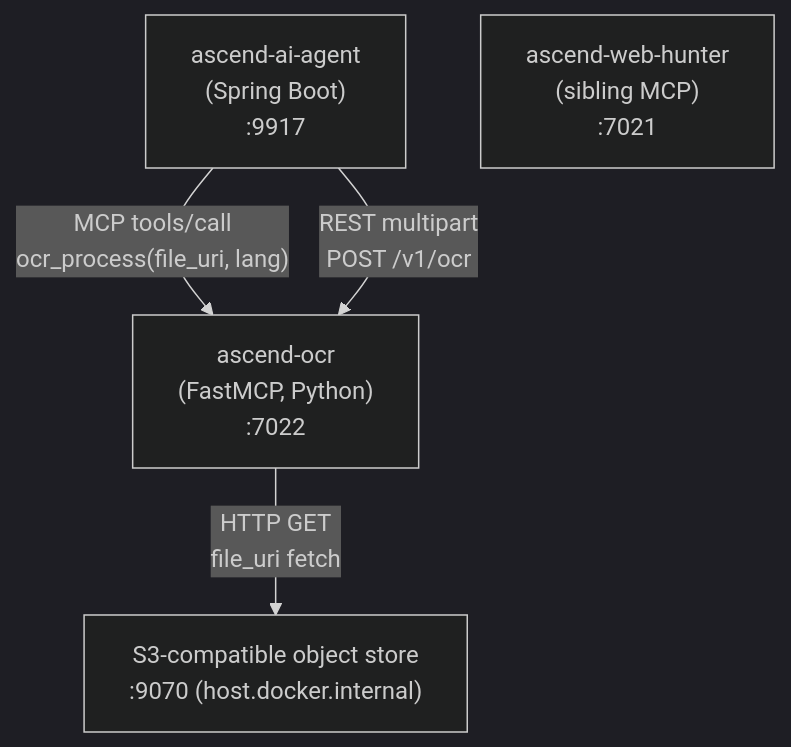
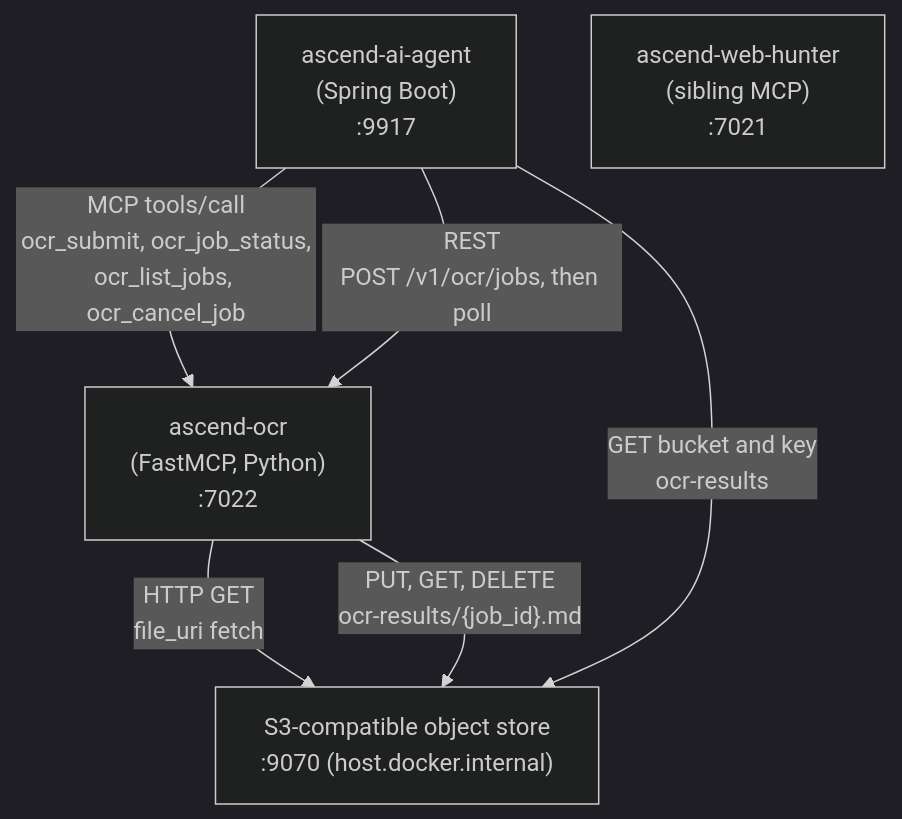
The diagram in apps/ascend-ocr/docs/architecture/arc42/03-context-and-scope.md (Lukk17/AscendAI), drawn with Mermaid (dark theme) before and after one commit. The commit also changed other lines of this file and 1022 other files, not shown here.

First line of the commit message:
feat(ocr): move ascend-ocr to a job interface, add Pact contract tests and release six services (#5)

````diff
--- a/apps/ascend-ocr/docs/architecture/arc42/03-context-and-scope.md
+++ b/apps/ascend-ocr/docs/architecture/arc42/03-context-and-scope.md
@@ -7,11 +7,13 @@
 ```mermaid
 graph TB
     Agent["ascend-ai-agent<br/>(Spring Boot)<br/>:9917"]
     PaddleOCR["ascend-ocr<br/>(FastMCP, Python)<br/>:7022"]
     ObjectStore["S3-compatible object store<br/>:9070 (host.docker.internal)"]
     WebHunter["ascend-web-hunter<br/>(sibling MCP)<br/>:7021"]
 
-    Agent -->|"MCP tools/call<br/>ocr_process(file_uri, lang)"| PaddleOCR
-    Agent -->|"REST multipart<br/>POST /v1/ocr"| PaddleOCR
+    Agent -->|"MCP tools/call<br/>ocr_submit, ocr_job_status,<br/>ocr_list_jobs, ocr_cancel_job"| PaddleOCR
+    Agent -->|"REST<br/>POST /v1/ocr/jobs, then poll"| PaddleOCR
     PaddleOCR -->|"HTTP GET<br/>file_uri fetch"| ObjectStore
+    PaddleOCR -->|"PUT, GET, DELETE<br/>ocr-results/{job_id}.md"| ObjectStore
+    Agent -->|"GET bucket and key<br/>ocr-results"| ObjectStore
 ```
````
